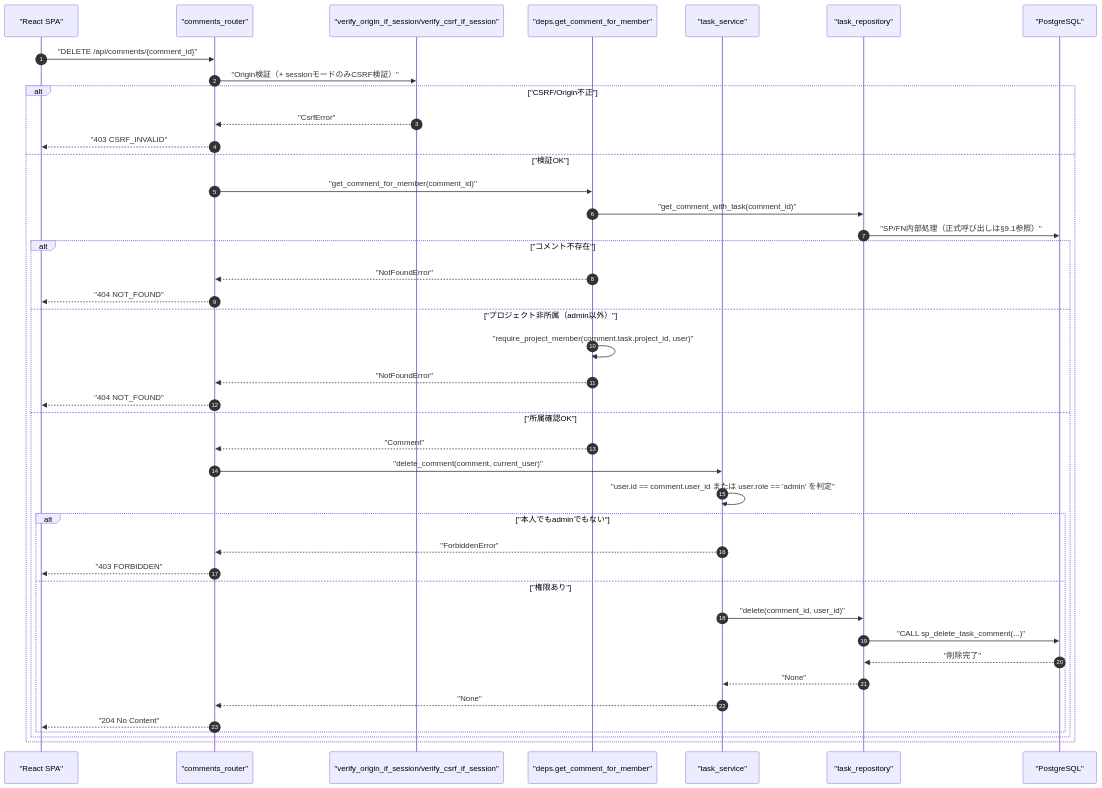
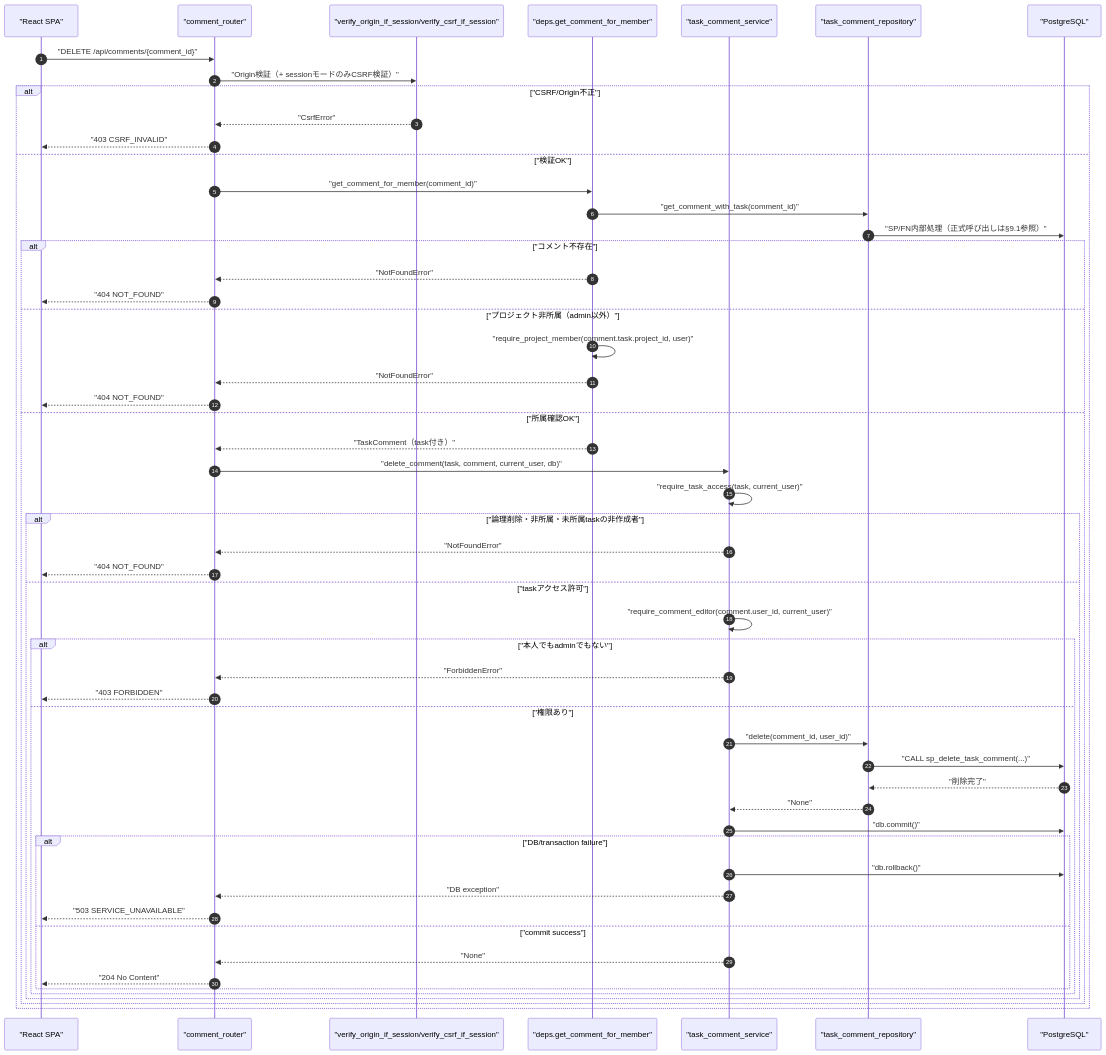
One commit to oikawa-d/task_management changed the first of 4 diagrams in docs/detailed_design/api/tasks/09_delete_comment.md. Above: the diagram before and after it, drawn with Mermaid. The commit also changed other lines of this file and 8 other files, not shown here.

````diff
--- a/docs/detailed_design/api/tasks/09_delete_comment.md
+++ b/docs/detailed_design/api/tasks/09_delete_comment.md
@@ -66,45 +66,58 @@
 ```mermaid
 sequenceDiagram
     autonumber
     participant FE as "React SPA"
-    participant R as "comments_router"
+    participant R as "comment_router"
     participant V as "verify_origin_if_session/verify_csrf_if_session"
     participant D as "deps.get_comment_for_member"
-    participant S as "task_service"
-    participant TR as "task_repository"
+    participant S as "task_comment_service"
+    participant TR as "task_comment_repository"
     participant PG as "PostgreSQL"
 
     FE->>R: "DELETE /api/comments/{comment_id}"
     R->>V: "Origin検証（+ sessionモードのみCSRF検証）"
     alt "CSRF/Origin不正"
         V-->>R: "CsrfError"
         R-->>FE: "403 CSRF_INVALID"
     else "検証OK"
         R->>D: "get_comment_for_member(comment_id)"
         D->>TR: "get_comment_with_task(comment_id)"
         TR->>PG: "SP/FN内部処理（正式呼び出しは§9.1参照）"
         alt "コメント不存在"
             D-->>R: "NotFoundError"
             R-->>FE: "404 NOT_FOUND"
         else "プロジェクト非所属（admin以外）"
             D->>D: "require_project_member(comment.task.project_id, user)"
             D-->>R: "NotFoundError"
             R-->>FE: "404 NOT_FOUND"
         else "所属確認OK"
-            D-->>R: "Comment"
-            R->>S: "delete_comment(comment, current_user)"
-            S->>S: "user.id == comment.user_id または user.role == 'admin' を判定"
-            alt "本人でもadminでもない"
-                S-->>R: "ForbiddenError"
-                R-->>FE: "403 FORBIDDEN"
-            else "権限あり"
+            D-->>R: "TaskComment（task付き）"
+            R->>S: "delete_comment(task, comment, current_user, db)"
+            S->>S: "require_task_access(task, current_user)"
+            alt "論理削除・非所属・未所属taskの非作成者"
+                S-->>R: "NotFoundError"
+                R-->>FE: "404 NOT_FOUND"
+            else "taskアクセス許可"
+                S->>S: "require_comment_editor(comment.user_id, current_user)"
+                alt "本人でもadminでもない"
+                    S-->>R: "ForbiddenError"
+                    R-->>FE: "403 FORBIDDEN"
+                else "権限あり"
                 S->>TR: "delete(comment_id, user_id)"
                 TR->>PG: "CALL sp_delete_task_comment(...)"
                 PG-->>TR: "削除完了"
-                TR-->>S: "None"
-                S-->>R: "None"
-                R-->>FE: "204 No Content"
+                    TR-->>S: "None"
+                    S->>PG: "db.commit()"
+                    alt "DB/transaction failure"
+                        S->>PG: "db.rollback()"
+                        S-->>R: "DB exception"
+                        R-->>FE: "503 SERVICE_UNAVAILABLE"
+                    else "commit success"
+                        S-->>R: "None"
+                        R-->>FE: "204 No Content"
+                    end
+                end
             end
         end
     end
 ```
````
